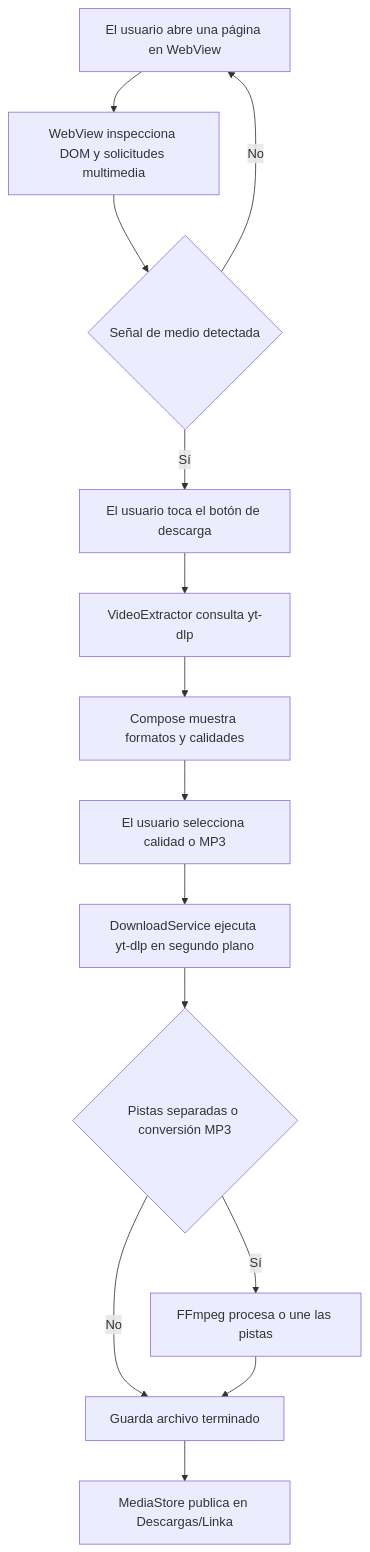
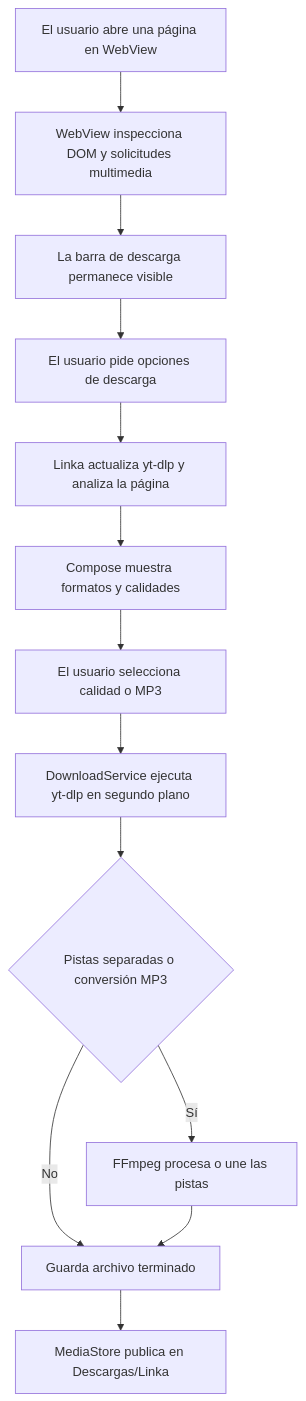
The diagram in README.md (rikiluciano/Linka), drawn with Mermaid before and after one commit. The commit also changed other lines of this file and 6 other files, not shown here.

````diff
--- a/README.md
+++ b/README.md
@@ -45,16 +45,15 @@
 ```mermaid
 flowchart TD
     A[El usuario abre una página en WebView] --> B[WebView inspecciona DOM y solicitudes multimedia]
-    B --> C{Señal de medio detectada}
-    C -- No --> A
-    C -- Sí --> D[El usuario toca el botón de descarga]
-    D --> E[VideoExtractor consulta yt-dlp]
+    B --> C[La barra de descarga permanece visible]
+    C --> D[El usuario pide opciones de descarga]
+    D --> E[Linka actualiza yt-dlp y analiza la página]
     E --> F[Compose muestra formatos y calidades]
     F --> G[El usuario selecciona calidad o MP3]
     G --> H[DownloadService ejecuta yt-dlp en segundo plano]
     H --> I{Pistas separadas o conversión MP3}
     I -- Sí --> J[FFmpeg procesa o une las pistas]
     I -- No --> K[Guarda archivo terminado]
     J --> K
     K --> L[MediaStore publica en Descargas/Linka]
 ```
````
